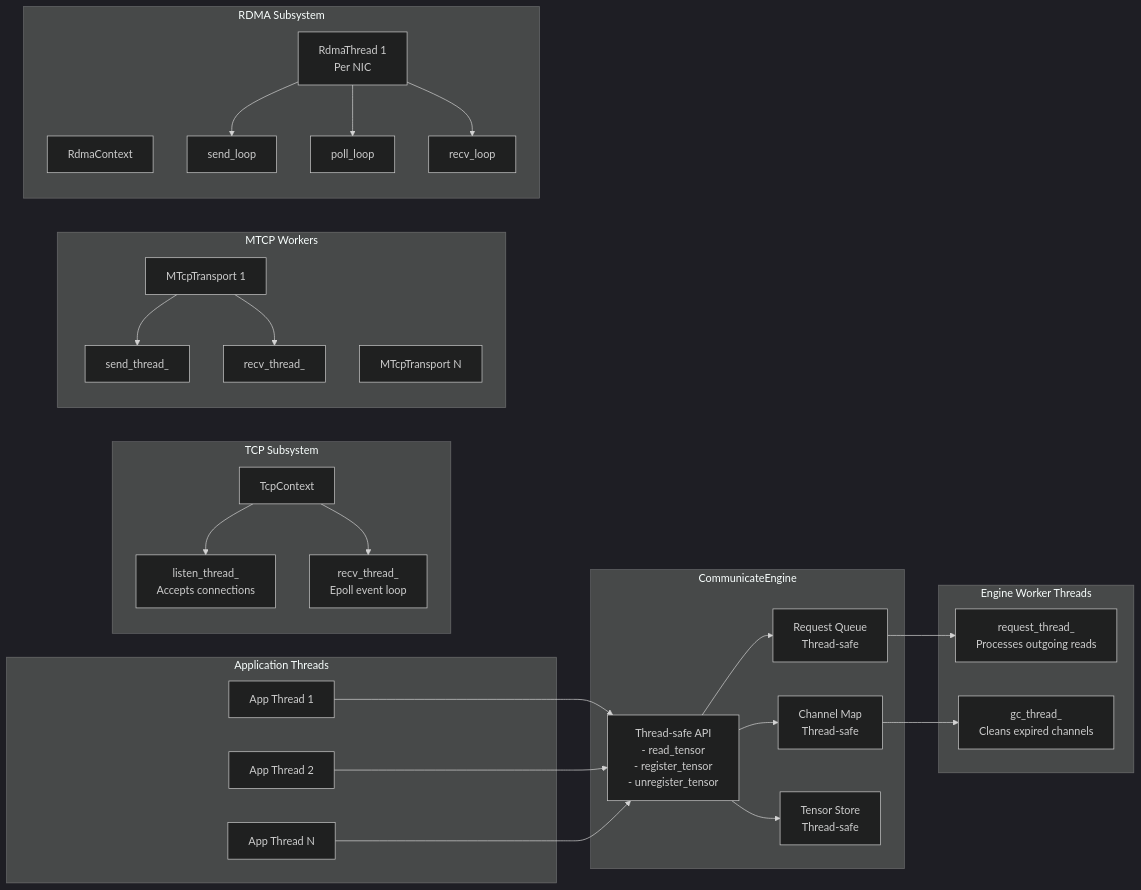
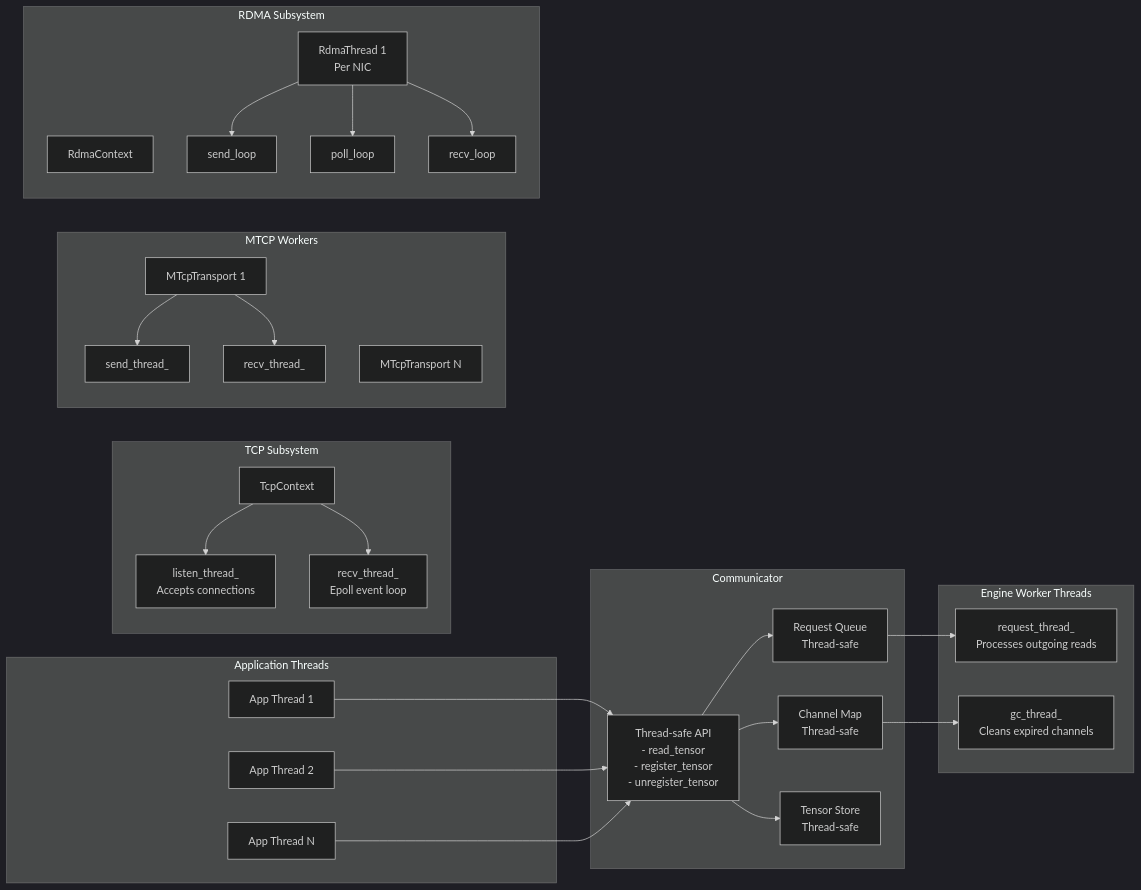
Before and after one commit to tensorcast-ai/tensorcast: the second of 13 diagrams in core/communicator/README.md, drawn with Mermaid (dark theme). The commit also changed other lines of this file and 38 other files, not shown here.

Commit message:
refactor: rename CommunicateEngine to Communicator

````diff
--- a/core/communicator/README.md
+++ b/core/communicator/README.md
@@ -74,49 +74,49 @@
 ```mermaid
 flowchart LR
   subgraph "Application Threads"
     App1[App Thread 1]
     App2[App Thread 2]
     AppN[App Thread N]
   end
 
-  subgraph "CommunicateEngine"
+  subgraph "Communicator"
     API[Thread-safe API<br/>- read_tensor<br/>- register_tensor<br/>- unregister_tensor]
     RQ[Request Queue<br/>Thread-safe]
     CM[Channel Map<br/>Thread-safe]
     PS[Tensor Store<br/>Thread-safe]
   end
 
   subgraph "Engine Worker Threads"
     RT[request_thread_<br/>Processes outgoing reads]
     GT[gc_thread_<br/>Cleans expired channels]
   end
 
   subgraph "TCP Subsystem"
     TC[TcpContext]
     LT[listen_thread_<br/>Accepts connections]
     TRT[recv_thread_<br/>Epoll event loop]
   end
 
   subgraph "MTCP Workers"
     MT1[MTcpTransport 1]
     MT1S[send_thread_]
     MT1R[recv_thread_]
     MTN[MTcpTransport N]
   end
 
   subgraph "RDMA Subsystem"
     RC[RdmaContext]
     RTH1[RdmaThread 1<br/>Per NIC]
     RS1[send_loop]
     RP1[poll_loop]
     RR1[recv_loop]
   end
 
   App1 & App2 & AppN --> API
   API --> RQ & CM & PS
   RQ --> RT
   CM --> GT
   TC --> LT & TRT
   MT1 --> MT1S & MT1R
   RTH1 --> RS1 & RP1 & RR1
 ```
````
